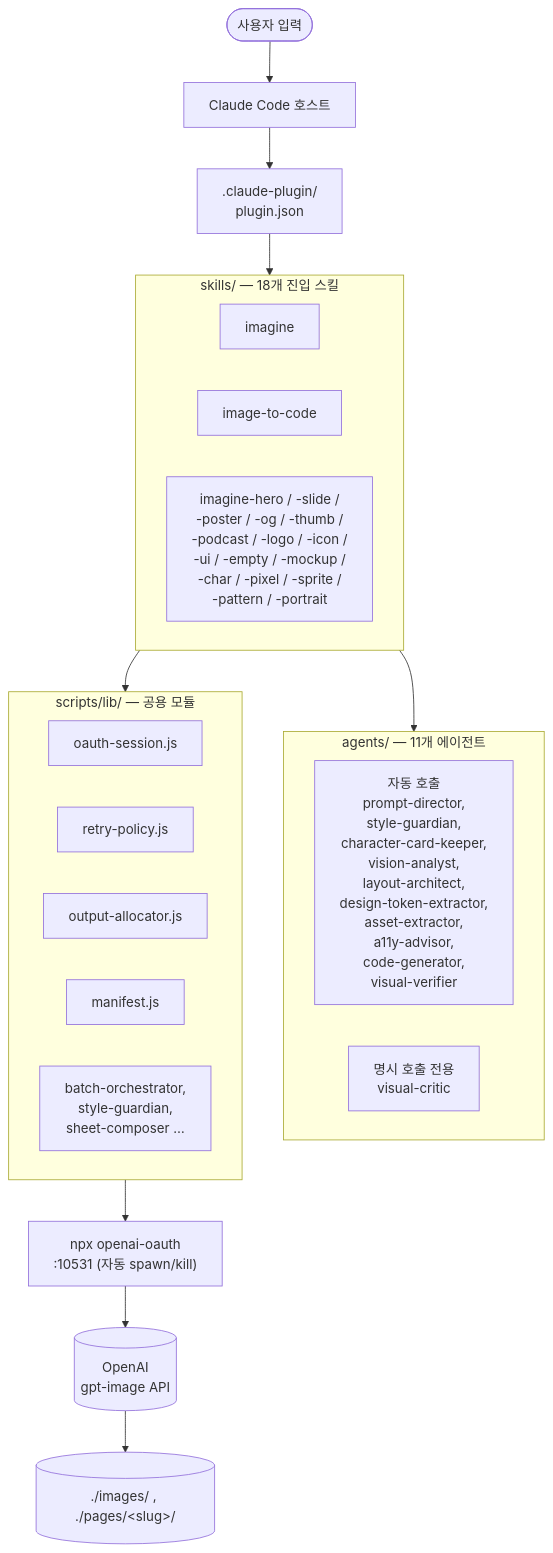
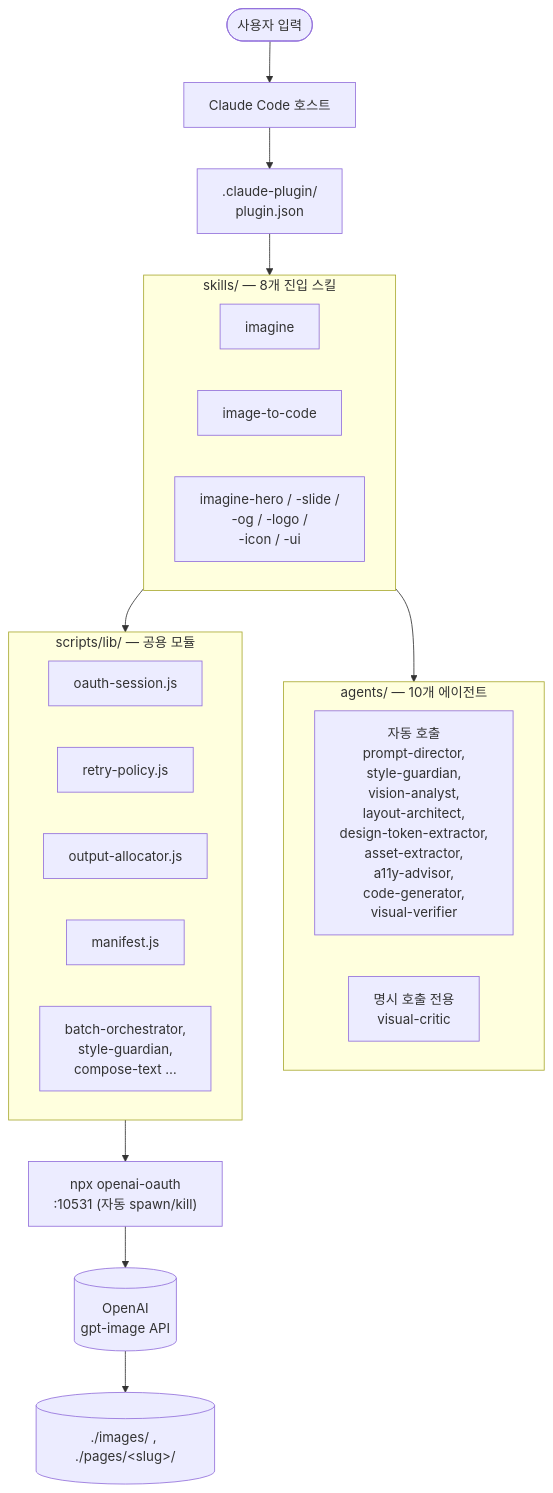
Before and after one commit to Mineru98/imagine: the first of 6 diagrams in docs/harness-guide.md, drawn with Mermaid. The commit also changed other lines of this file and 41 other files, not shown here.

````diff
--- a/docs/harness-guide.md
+++ b/docs/harness-guide.md
@@ -11,38 +11,38 @@
 ```mermaid
 flowchart TB
     User([사용자 입력])
     CC[Claude Code 호스트]
     Manifest[".claude-plugin/<br/>plugin.json"]
 
-    subgraph Skills["skills/ — 18개 진입 스킬"]
+    subgraph Skills["skills/ — 8개 진입 스킬"]
         IMG[imagine]
         I2C[image-to-code]
-        DOM["imagine-hero / -slide /<br/>-poster / -og / -thumb /<br/>-podcast / -logo / -icon /<br/>-ui / -empty / -mockup /<br/>-char / -pixel / -sprite /<br/>-pattern / -portrait"]
+        DOM["imagine-hero / -slide /<br/>-og / -logo /<br/>-icon / -ui"]
     end
 
-    subgraph Agents["agents/ — 11개 에이전트"]
-        AUTO["자동 호출<br/>prompt-director,<br/>style-guardian,<br/>character-card-keeper,<br/>vision-analyst,<br/>layout-architect,<br/>design-token-extractor,<br/>asset-extractor,<br/>a11y-advisor,<br/>code-generator,<br/>visual-verifier"]
+    subgraph Agents["agents/ — 10개 에이전트"]
+        AUTO["자동 호출<br/>prompt-director,<br/>style-guardian,<br/>vision-analyst,<br/>layout-architect,<br/>design-token-extractor,<br/>asset-extractor,<br/>a11y-advisor,<br/>code-generator,<br/>visual-verifier"]
         OPT["명시 호출 전용<br/>visual-critic"]
     end
 
     subgraph Lib["scripts/lib/ — 공용 모듈"]
         OAUTH[oauth-session.js]
         RETRY[retry-policy.js]
         ALLOC[output-allocator.js]
         MAN[manifest.js]
-        REST["batch-orchestrator,<br/>style-guardian,<br/>sheet-composer …"]
+        REST["batch-orchestrator,<br/>style-guardian,<br/>compose-text …"]
     end
 
     Proxy["npx openai-oauth<br/>:10531 (자동 spawn/kill)"]
     OAI[("OpenAI<br/>gpt-image API")]
     OUT[("./images/ , ./pages/&lt;slug&gt;/")]
 
     User --> CC
     CC --> Manifest
     Manifest --> Skills
     Skills --> Agents
     Skills --> Lib
     Lib --> Proxy
     Proxy --> OAI
     OAI --> OUT
 ```
````
